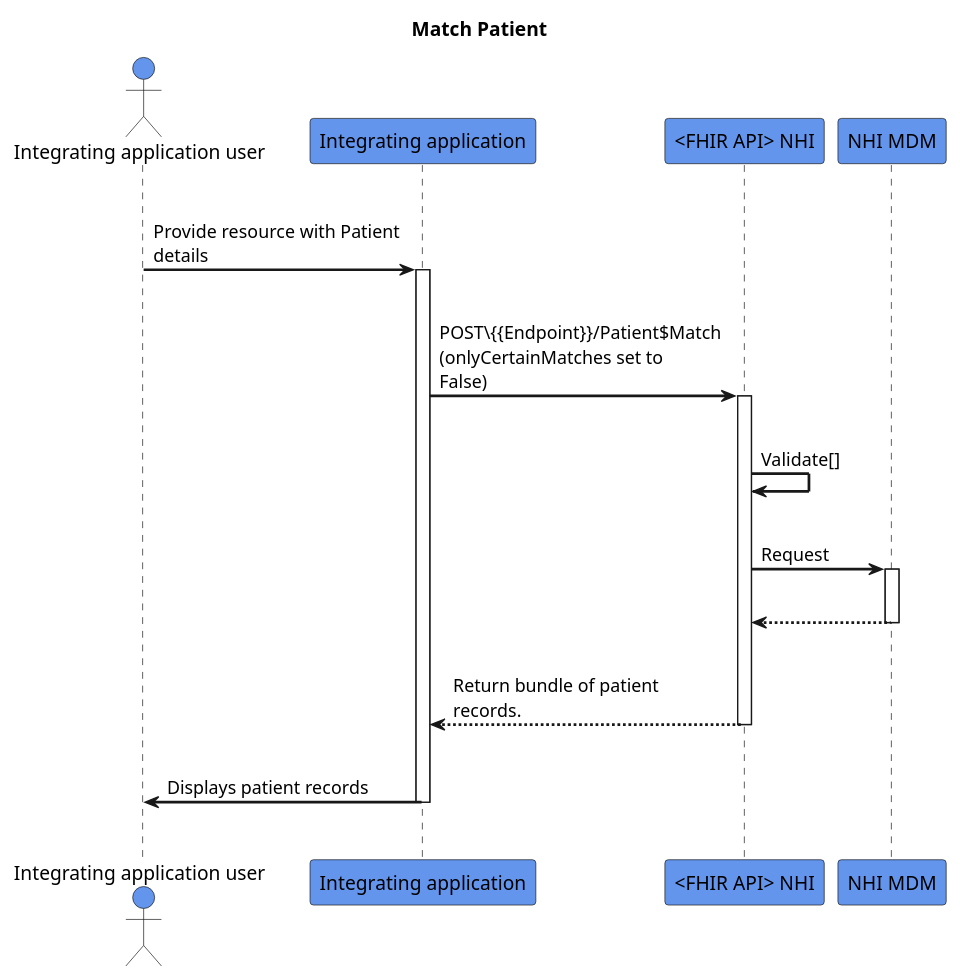
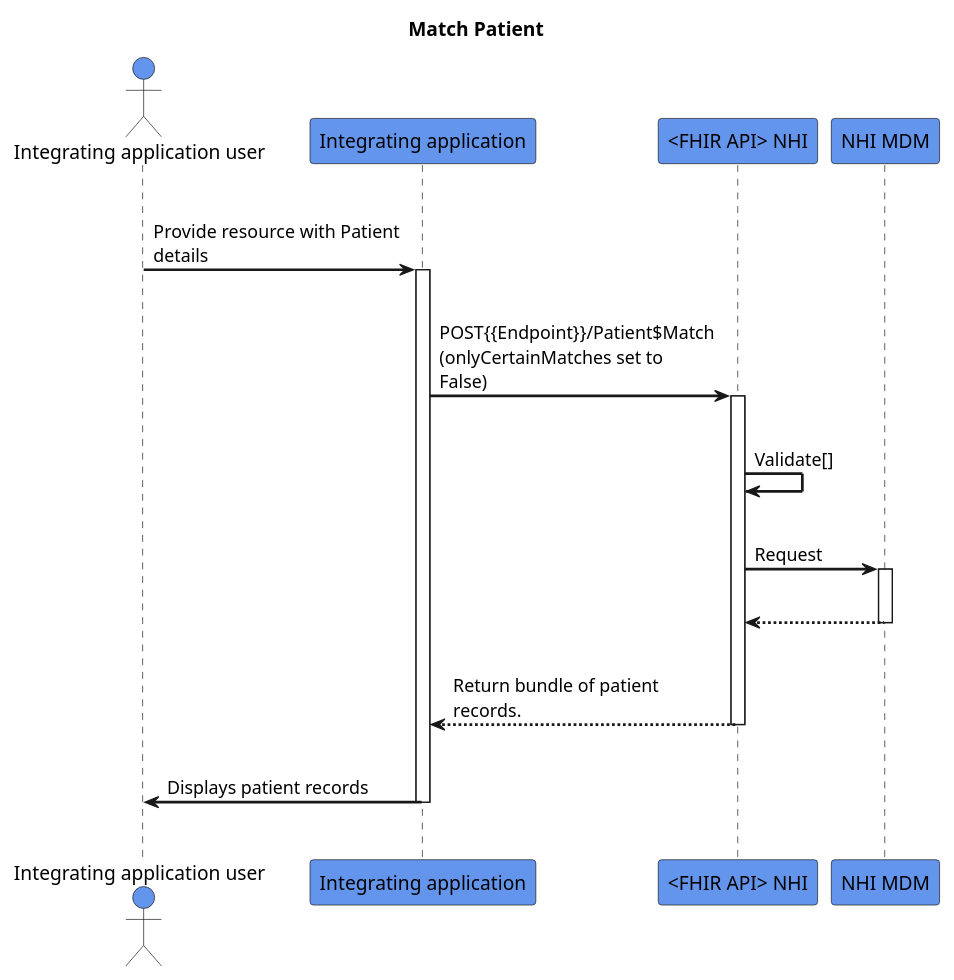
The diagram in input/images-source/match-patient.plantuml (HL7NZ/nhi), drawn with PlantUML before and after one commit.

```diff
--- a/input/images-source/match-patient.plantuml
+++ b/input/images-source/match-patient.plantuml
@@ -1,33 +1,33 @@
 @startuml
 skinparam sequenceArrowThickness 2
 skinparam roundcorner 5
 skinparam maxmessagesize 180
 skinparam sequenceParticipant bold
 title Match Patient
 actor "Integrating application user" as User #CornflowerBlue
 participant "Integrating application" as A #CornflowerBlue
 participant "<FHIR API> NHI" as B #CornflowerBlue
 participant "NHI MDM" as C #CornflowerBlue
 |||
 User -> A: Provide resource with Patient details
 activate A
 |||
-A -> B: POST\{{Endpoint}}/Patient$Match (onlyCertainMatches set to False)
+A -> B: POST{{Endpoint}}/Patient$Match (onlyCertainMatches set to False)
 activate B
 |||
 B -> B: Validate[]
 |||
 B -> C: Request
 activate C
 |||
 
 C -[dashed]-> B:  
 deactivate C
 |||
 B -[dashed]-> A :Return bundle of patient records.
 deactivate B
 |||
 A -> User: Displays patient records
 deactivate A
 |||
 @enduml
```
